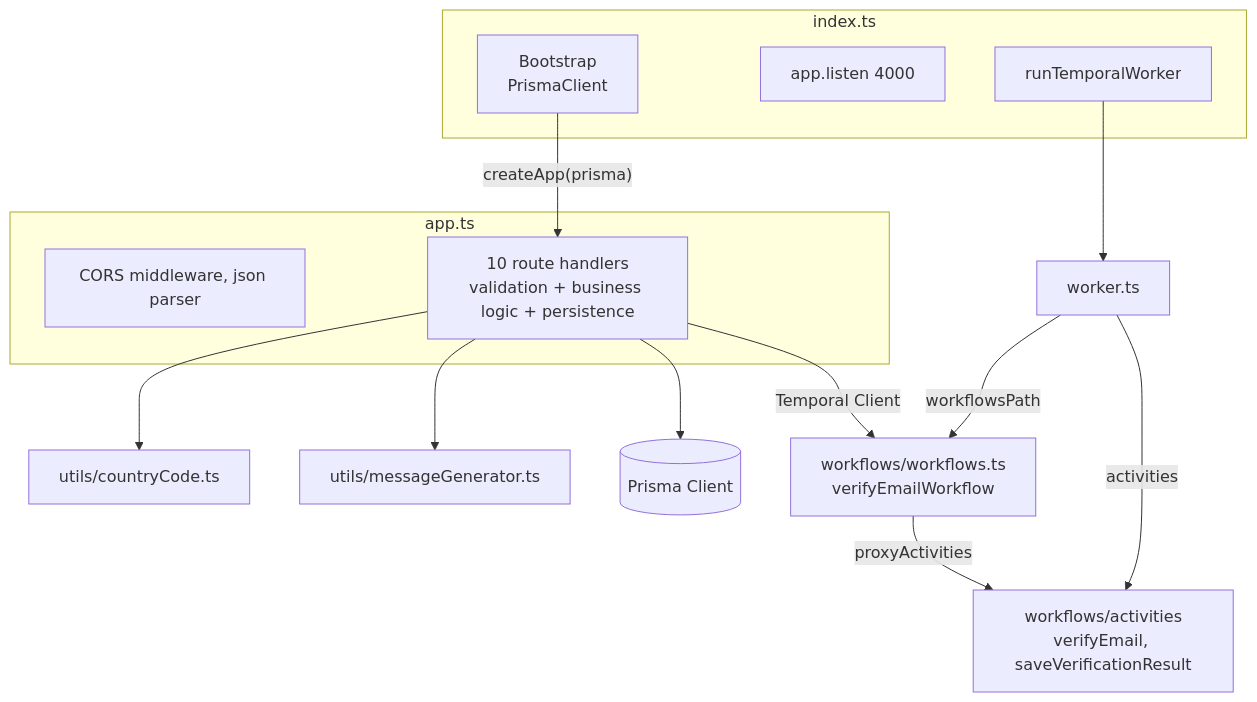
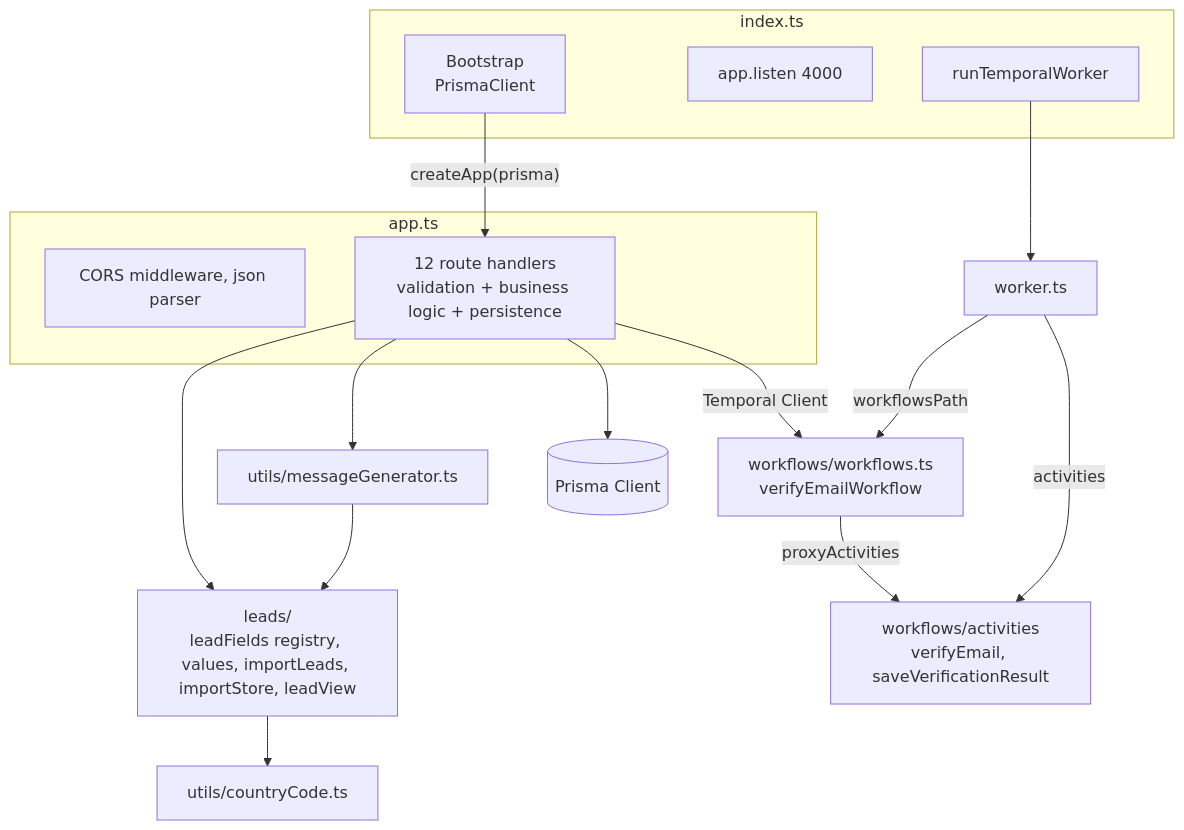
One commit to Genesy-AI/technical-task-sergi-cortes changed the first of 3 diagrams in design/architecture/02-backend.md. Above: the diagram before and after it, drawn with Mermaid. The commit also changed other lines of this file and 9 other files, not shown here.

First line of the commit message:
docs: document the lead field registry, role history, and import plan

````diff
--- a/design/architecture/02-backend.md
+++ b/design/architecture/02-backend.md
@@ -8,28 +8,31 @@
 ```mermaid
 flowchart TB
     subgraph index.ts
         BOOT[Bootstrap<br/>PrismaClient]
         LISTEN[app.listen 4000]
         RUNW[runTemporalWorker]
     end
     subgraph app.ts
         CORS[CORS middleware, json parser]
-        ROUTES[10 route handlers<br/>validation + business logic + persistence]
+        ROUTES[12 route handlers<br/>validation + business logic + persistence]
     end
     BOOT -- "createApp(prisma)" --> ROUTES
     MSG[utils/messageGenerator.ts]
     CC[utils/countryCode.ts]
-    ROUTES --> CC
+    LEADS[leads/<br/>leadFields registry, values, importLeads, importStore, leadView]
+    ROUTES --> LEADS
+    LEADS --> CC
+    MSG --> LEADS
     WF[workflows/workflows.ts<br/>verifyEmailWorkflow]
     ACT[workflows/activities<br/>verifyEmail, saveVerificationResult]
     WORKER[worker.ts]
     PRISMA[(Prisma Client)]
 
     ROUTES --> MSG
     ROUTES --> PRISMA
     ROUTES -- "Temporal Client" --> WF
     RUNW --> WORKER
     WORKER -- "workflowsPath" --> WF
     WORKER -- "activities" --> ACT
     WF -- "proxyActivities" --> ACT
 ```
````
